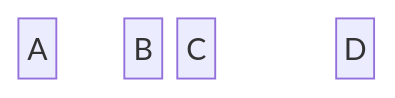
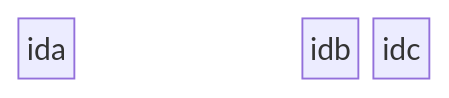
One commit to teachingai/full-stack-skills changed diagram 20 of 27 in skills/mermaid/examples/block.md. Above: the diagram before and after it, drawn with Mermaid. The commit also changed other lines of this file and 21 other files, not shown here.

First line of the commit message:
docs(mermaid): 更新架构、块、C4和类图示例文档

````diff
--- a/skills/mermaid/examples/block.md
+++ b/skills/mermaid/examples/block.md
@@ -88,5 +195,4 @@
 ```mermaid
-block-beta
-    A space B
-    C space:2 D
+block
+  ida space:3 idb idc
 ```
````
